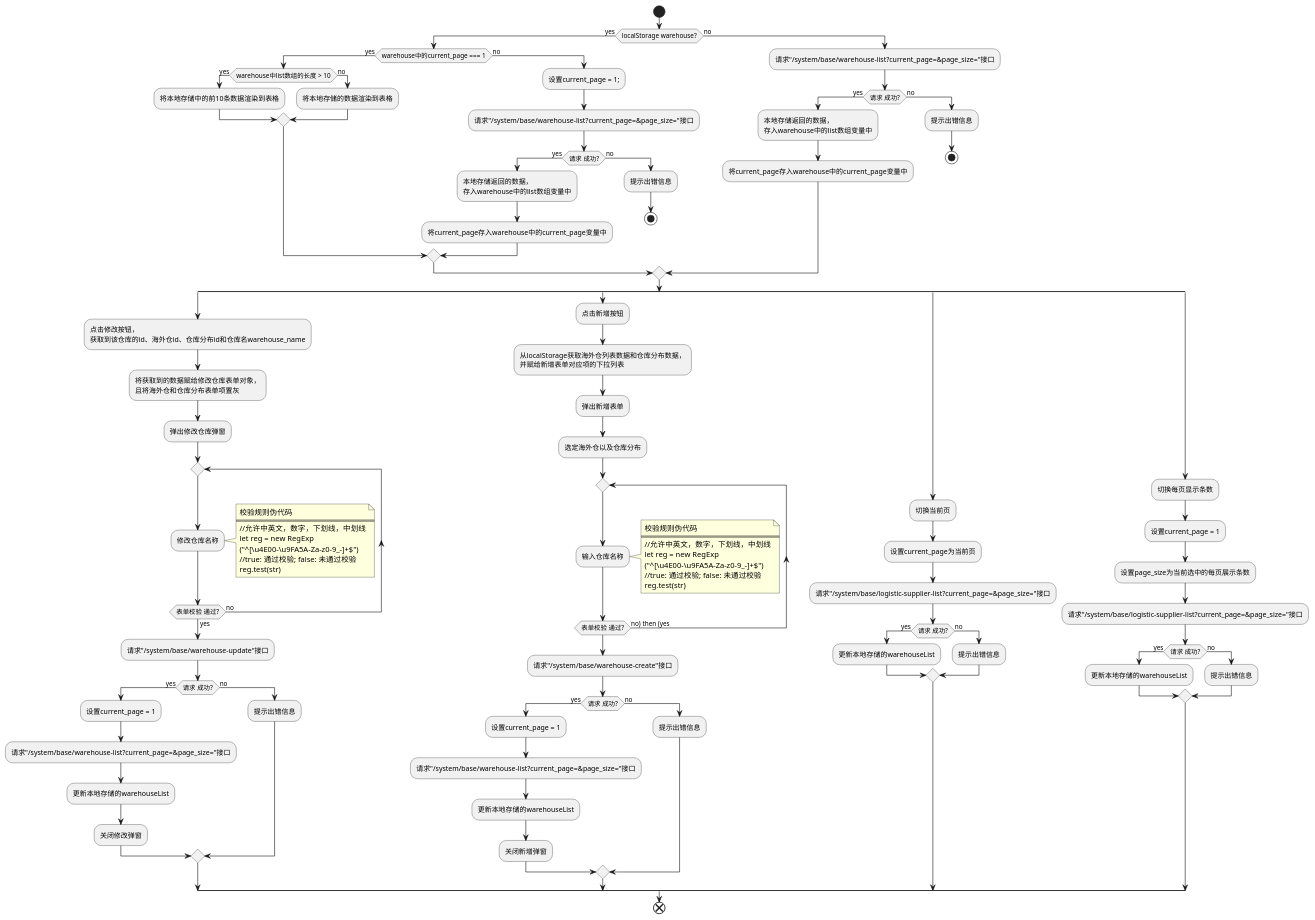
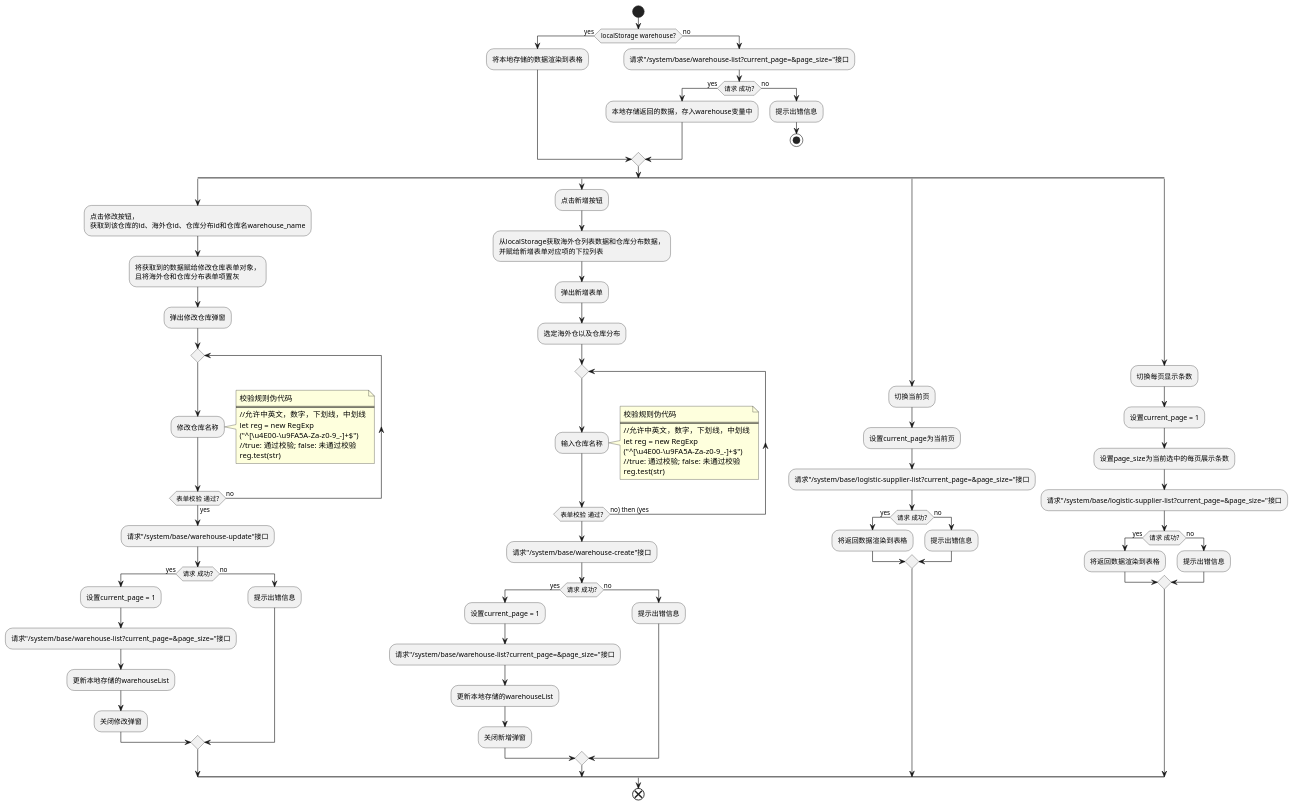
The diagram in docs/development-flow-diagram.puml/system/get-warehouse.puml (futurekidult/lis), drawn with PlantUML before and after one commit. The commit also changed 2 other files, not shown here.

Commit message:
refactor: update system puml

```diff
--- a/docs/development-flow-diagram.puml/system/get-warehouse.puml
+++ b/docs/development-flow-diagram.puml/system/get-warehouse.puml
@@ -1,110 +1,91 @@
 @startuml
 
 start
 if(localStorage warehouse?) then (yes)
- if(warehouse中的current_page === 1) then (yes)
-    if(warehouse中list数组的长度 > 10) then (yes)
-      :将本地存储中的前10条数据渲染到表格;
-    else (no)
-      :将本地存储的数据渲染到表格;
-    endif
-  else (no)
-    :设置current_page = 1;;
-    :请求"/system/base/warehouse-list?current_page=&page_size="接口;
-    if(请求 成功?) then (yes)
-      :本地存储返回的数据，
-      存入warehouse中的list数组变量中;
-      :将current_page存入warehouse中的current_page变量中;
+  :将本地存储的数据渲染到表格;
+else (no)
+  :请求"/system/base/warehouse-list?current_page=&page_size="接口;
+  if(请求 成功?) then (yes)
+    :本地存储返回的数据，存入warehouse变量中;
     else (no)
       :提示出错信息;
       stop
     endif
-  endif
-else (no)
-:请求"/system/base/warehouse-list?current_page=&page_size="接口;
-if(请求 成功?) then (yes)
-  :本地存储返回的数据，
-  存入warehouse中的list数组变量中;
-  :将current_page存入warehouse中的current_page变量中;
-else (no)
-  :提示出错信息;
-  stop
-endif
 endif
 split
   :点击修改按钮，
   获取到该仓库的id、海外仓id、仓库分布id和仓库名warehouse_name;
   :将获取到的数据赋给修改仓库表单对象，
   且将海外仓和仓库分布表单项置灰;
   :弹出修改仓库弹窗;
   repeat
     :修改仓库名称;
   repeat while(表单校验 通过?) is (no) not (yes)
   note right 
     校验规则伪代码
     ====
     //允许中英文，数字，下划线，中划线
     let reg = new RegExp
     ("^[\u4E00-\u9FA5A-Za-z0-9_-]+$")
     //true: 通过校验; false: 未通过校验
     reg.test(str) 
   end note
   :请求"/system/base/warehouse-update"接口;
   if(请求 成功?) then (yes)
     :设置current_page = 1;
     :请求"/system/base/warehouse-list?current_page=&page_size="接口;
     :更新本地存储的warehouseList;
     :关闭修改弹窗;
   else (no)
     :提示出错信息;
   endif
 split again
   :点击新增按钮;
   :从localStorage获取海外仓列表数据和仓库分布数据，
   并赋给新增表单对应项的下拉列表;
   :弹出新增表单;
   :选定海外仓以及仓库分布;
   repeat
     :输入仓库名称;
   repeat while(表单校验 通过?) is (no) then (yes)
   note right 
     校验规则伪代码
     ====
     //允许中英文，数字，下划线，中划线
     let reg = new RegExp
     ("^[\u4E00-\u9FA5A-Za-z0-9_-]+$")
     //true: 通过校验; false: 未通过校验
     reg.test(str) 
   end note
   :请求"/system/base/warehouse-create"接口;
   if(请求 成功?) then (yes)
     :设置current_page = 1;
     :请求"/system/base/warehouse-list?current_page=&page_size="接口;
     :更新本地存储的warehouseList;
     :关闭新增弹窗;
   else (no)
     :提示出错信息;
   endif
 split again
   :切换当前页;
   :设置current_page为当前页;
   :请求"/system/base/logistic-supplier-list?current_page=&page_size="接口;
   if(请求 成功?) then (yes)
-    :更新本地存储的warehouseList;
+    :将返回数据渲染到表格;
   else (no)
     :提示出错信息;
   endif
 split again 
   :切换每页显示条数;
   :设置current_page = 1;
   :设置page_size为当前选中的每页展示条数;
   :请求"/system/base/logistic-supplier-list?current_page=&page_size="接口;
   if(请求 成功?) then (yes)
-    :更新本地存储的warehouseList;
+    :将返回数据渲染到表格;
   else (no)
     :提示出错信息;
   endif
 end split
 end
 
 @enduml
```
